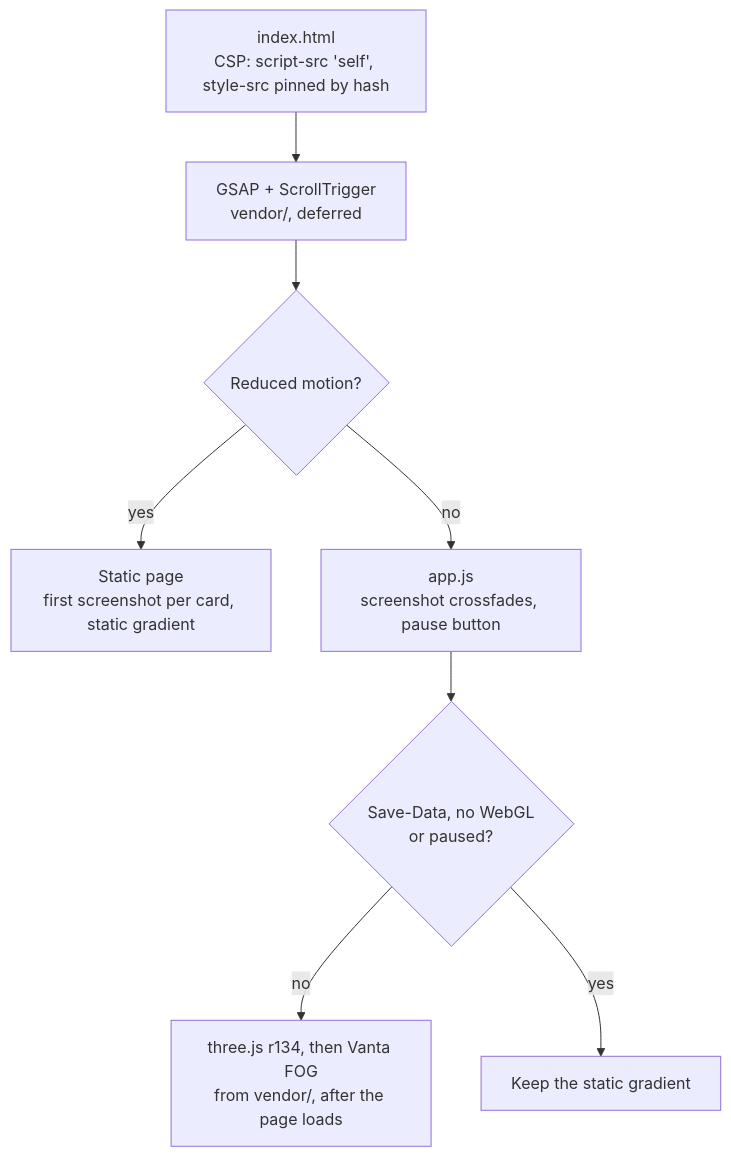
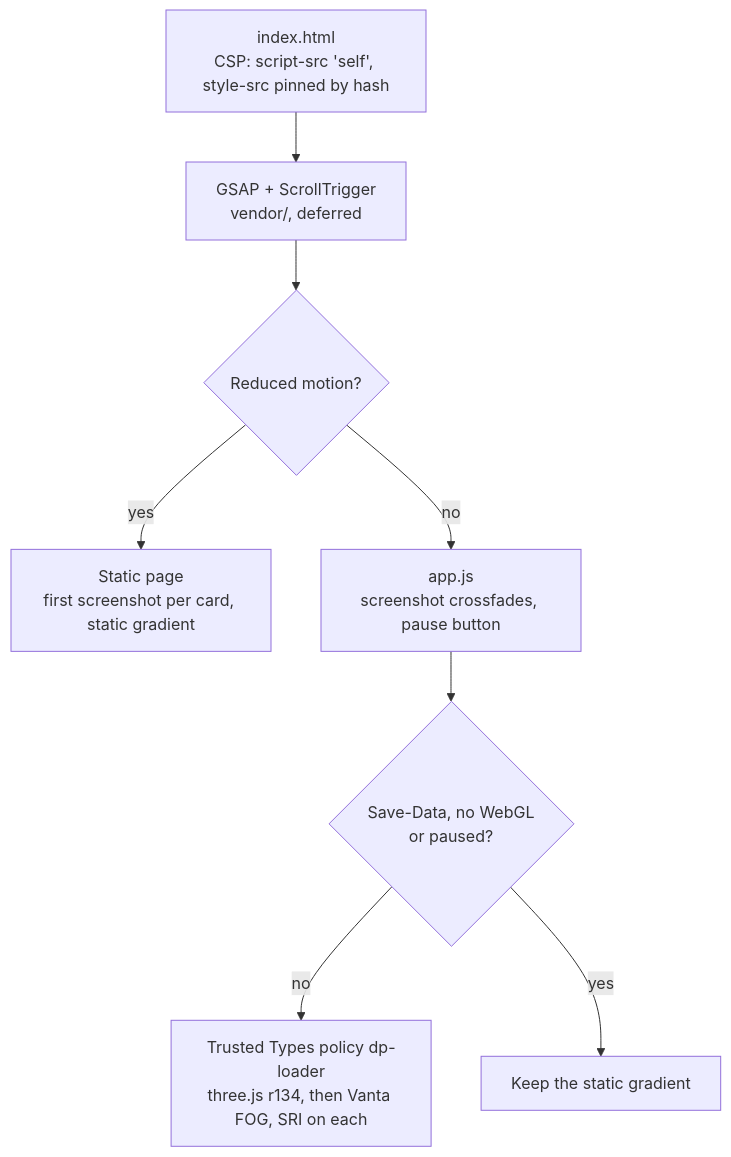
The diagram in README.md (DimPourn/DimPourn.github.io), drawn with Mermaid before and after one commit. The commit also changed other lines of this file and 2 other files, not shown here.

First line of the commit message:
Pin every script: Trusted Types and Subresource Integrity

````diff
--- a/README.md
+++ b/README.md
@@ -43,10 +43,10 @@
 ```mermaid
 flowchart TD
   A["index.html<br/>CSP: script-src 'self', style-src pinned by hash"] --> B["GSAP + ScrollTrigger<br/>vendor/, deferred"]
   B --> C{"Reduced motion?"}
   C -- yes --> S["Static page<br/>first screenshot per card, static gradient"]
   C -- no --> D["app.js<br/>screenshot crossfades, pause button"]
   D --> E{"Save-Data, no WebGL<br/>or paused?"}
-  E -- no --> F["three.js r134, then Vanta FOG<br/>from vendor/, after the page loads"]
+  E -- no --> F["Trusted Types policy dp-loader<br/>three.js r134, then Vanta FOG, SRI on each"]
   E -- yes --> G["Keep the static gradient"]
 ```
````
